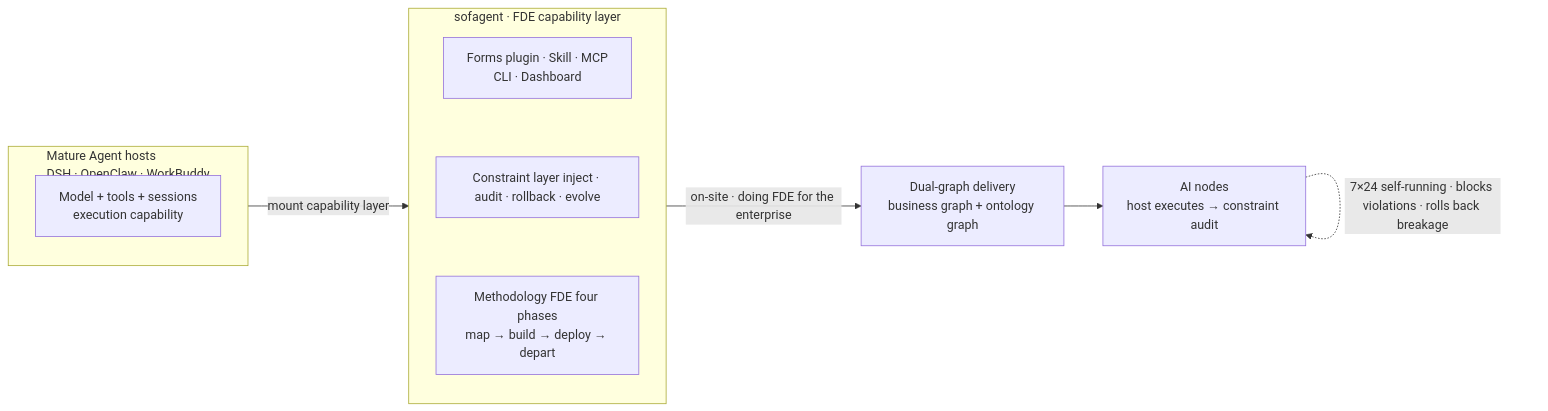
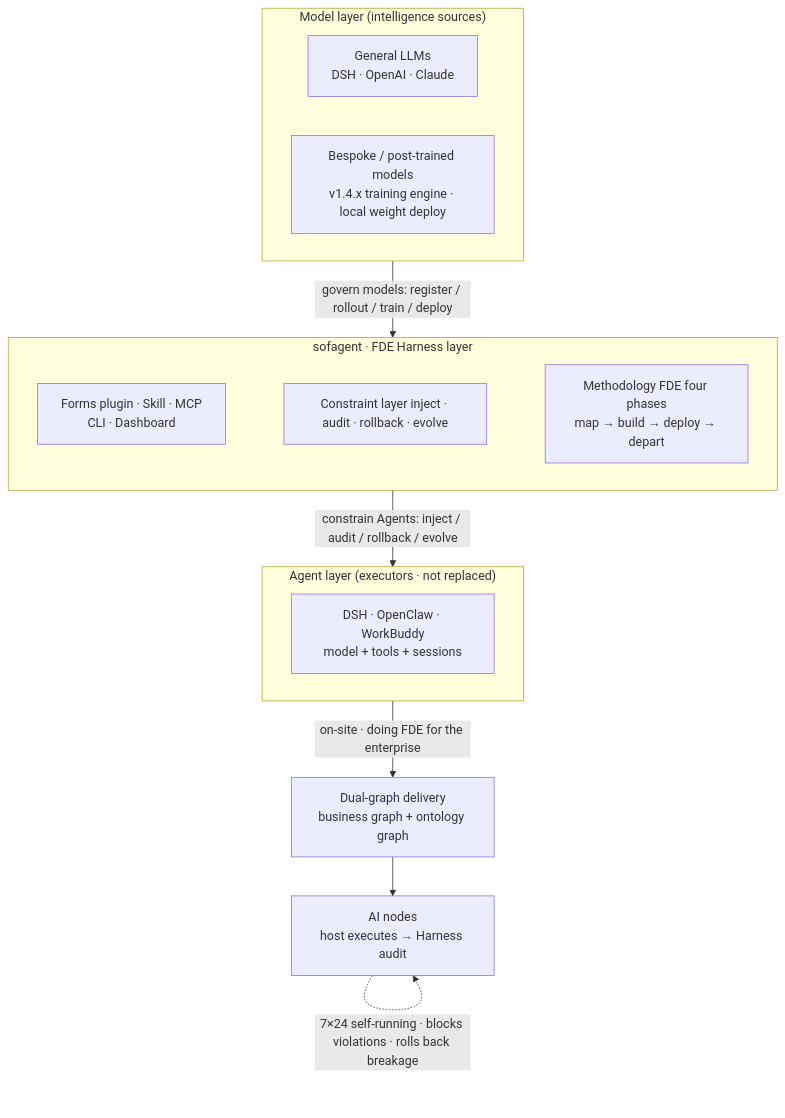
The first of 2 diagrams in README.en.md (KongFangXun/sofagent), drawn with Mermaid before and after one commit. The commit also changed other lines of this file and 9 other files, not shown here.

````diff
--- a/README.en.md
+++ b/README.en.md
@@ -47,17 +47,22 @@
 ```mermaid
-graph LR
-    subgraph H["Mature Agent hosts<br/>DSH · OpenClaw · WorkBuddy"]
-        M["Model + tools + sessions<br/>execution capability"]
+graph TB
+    subgraph M["Model layer (intelligence sources)"]
+        M1["General LLMs<br/>DSH · OpenAI · Claude"]
+        M2["Bespoke / post-trained models<br/>v1.4.x training engine · local weight deploy"]
     end
-    subgraph S["sofagent · FDE capability layer"]
-        direction TB
+    subgraph H["sofagent · FDE Harness layer"]
+        direction LR
         P["Forms plugin · Skill · MCP<br/>CLI · Dashboard"]
         C["Constraint layer inject · audit · rollback · evolve"]
         F["Methodology FDE four phases<br/>map → build → deploy → depart"]
         P ~~~ C ~~~ F
     end
-    H -->|"mount capability layer"| S
-    S -->|"on-site · doing FDE for the enterprise"| D["Dual-graph delivery<br/>business graph + ontology graph"]
-    D --> N["AI nodes<br/>host executes → constraint audit"]
+    subgraph A["Agent layer (executors · not replaced)"]
+        A1["DSH · OpenClaw · WorkBuddy<br/>model + tools + sessions"]
+    end
+    M -->|"govern models: register / rollout / train / deploy"| H
+    H -->|"constrain Agents: inject / audit / rollback / evolve"| A
+    A -->|"on-site · doing FDE for the enterprise"| D["Dual-graph delivery<br/>business graph + ontology graph"]
+    D --> N["AI nodes<br/>host executes → Harness audit"]
     N -.->|"7×24 self-running · blocks violations · rolls back breakage"| N
 ```
````
